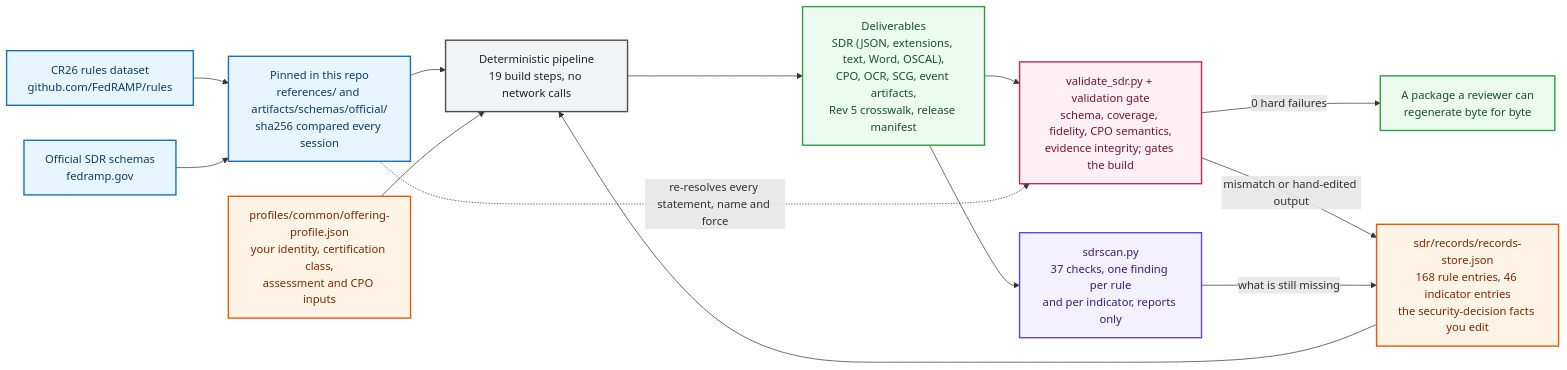
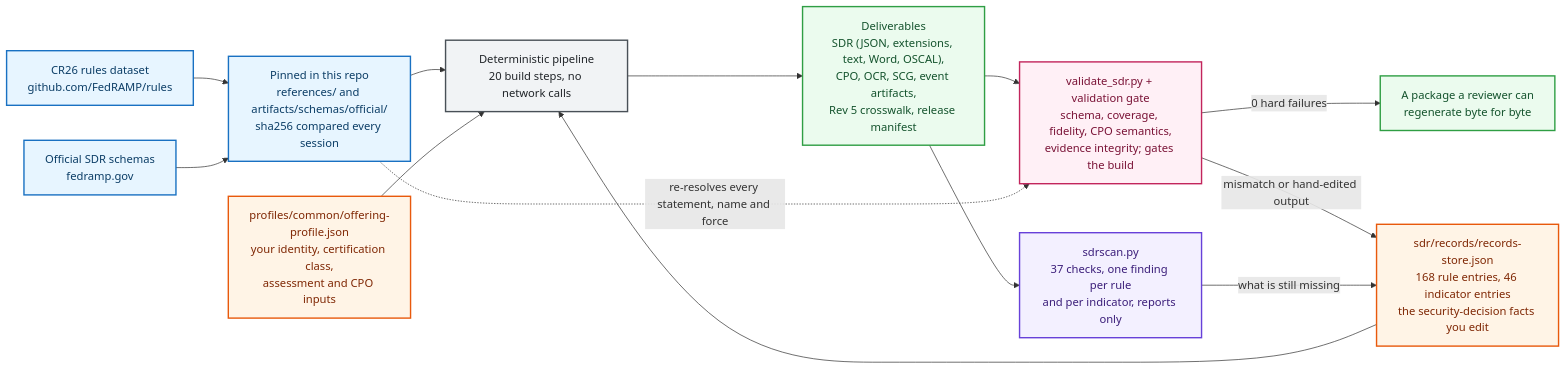
Before and after one commit to satishuv/FEDRAMP-20x-SDR-Documentation: the first of 3 diagrams in docs/architecture.md, drawn with Mermaid. The commit also changed other lines of this file and 17 other files, not shown here.

````diff
--- a/docs/architecture.md
+++ b/docs/architecture.md
@@ -9,39 +9,39 @@
 ```mermaid
 flowchart LR
     DSU["CR26 rules dataset<br/>github.com/FedRAMP/rules"]
     SCU["Official SDR schemas<br/>fedramp.gov"]
     PIN["Pinned in this repo<br/>references/ and artifacts/schemas/official/<br/>sha256 compared every session"]
     RS["sdr/records/records-store.json<br/>168 rule entries, 46 indicator entries<br/>the security-decision facts you edit"]
     OP["profiles/common/offering-profile.json<br/>your identity, certification class,<br/>assessment and CPO inputs"]
-    PIPE["Deterministic pipeline<br/>19 build steps, no network calls"]
+    PIPE["Deterministic pipeline<br/>20 build steps, no network calls"]
     OUT["Deliverables<br/>SDR (JSON, extensions, text, Word, OSCAL),<br/>CPO, OCR, SCG, event artifacts,<br/>Rev 5 crosswalk, release manifest"]
     GATE["validate_sdr.py + validation gate<br/>schema, coverage, fidelity, CPO semantics,<br/>evidence integrity; gates the build"]
     SCAN["sdrscan.py<br/>37 checks, one finding per rule<br/>and per indicator, reports only"]
     SHIP["A package a reviewer can<br/>regenerate byte for byte"]
 
     DSU --> PIN
     SCU --> PIN
     PIN --> PIPE
     RS --> PIPE
     OP --> PIPE
     PIPE --> OUT
     OUT --> GATE
     OUT --> SCAN
     PIN -.->|re-resolves every statement, name and force| GATE
     GATE -->|0 hard failures| SHIP
     GATE -->|mismatch or hand-edited output| RS
     SCAN -->|what is still missing| RS
 
     classDef src fill:#e7f5ff,stroke:#1971c2,stroke-width:2px,color:#0b3d66
     classDef you fill:#fff4e6,stroke:#e8590c,stroke-width:2px,color:#7f2704
     classDef step fill:#f1f3f5,stroke:#495057,stroke-width:2px,color:#212529
     classDef out fill:#ebfbee,stroke:#2f9e44,stroke-width:2px,color:#14532d
     classDef gate fill:#fff0f6,stroke:#c2255c,stroke-width:2px,color:#7a1236
     classDef scan fill:#f3f0ff,stroke:#6741d9,stroke-width:2px,color:#3b1e7a
     class DSU,SCU,PIN src
     class RS,OP you
     class PIPE step
     class OUT,SHIP out
     class GATE gate
     class SCAN scan
 ```
````
